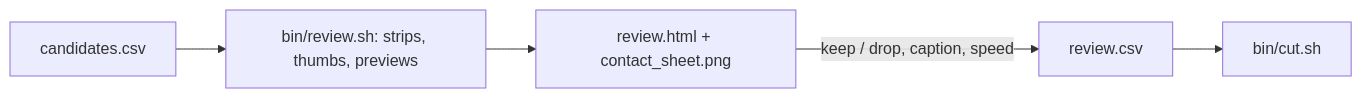
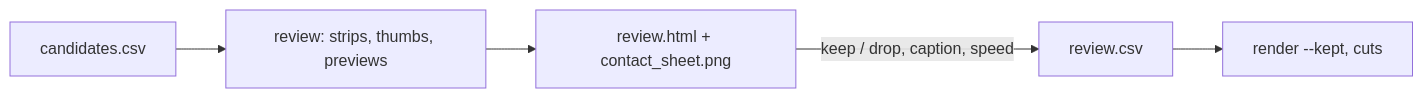
Before and after one commit to Pawlo77/rl-craftmax: the diagram in knowledge/visualisation/Highlight review workflow.md, drawn with Mermaid. The commit also changed other lines of this file and 55 other files, not shown here.

````diff
--- a/knowledge/visualisation/Highlight review workflow.md
+++ b/knowledge/visualisation/Highlight review workflow.md
@@ -14,7 +17,7 @@
 ```mermaid
 flowchart LR
-  A[candidates.csv] --> B[bin/review.sh: strips, thumbs, previews]
+  A[candidates.csv] --> B[review: strips, thumbs, previews]
   B --> C[review.html + contact_sheet.png]
   C -->|keep / drop, caption, speed| D[review.csv]
-  D --> E[bin/cut.sh]
+  D --> E[render --kept, cuts]
 ```
````
